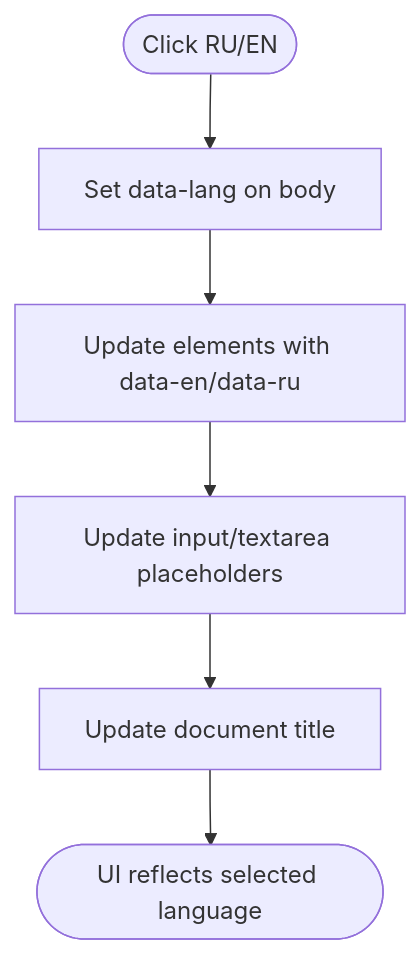
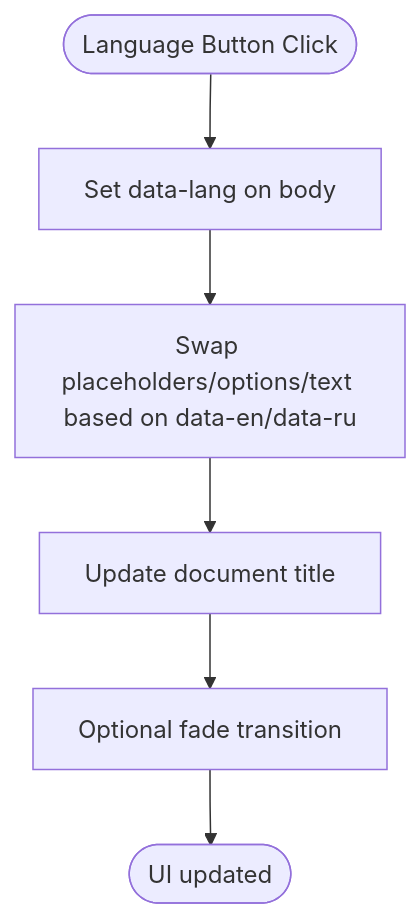
The third of 7 diagrams in .qoder/repowiki/en/content/Project Overview.md (Vostrikov2014/emoo), drawn with Mermaid before and after one commit. The commit also changed other lines of this file and 49 other files, not shown here.

````diff
--- a/.qoder/repowiki/en/content/Project Overview.md
+++ b/.qoder/repowiki/en/content/Project Overview.md
@@ -110,8 +119,8 @@
 ```mermaid
 flowchart TD
-Start(["Click RU/EN"]) --> SetAttr["Set data-lang on body"]
-SetAttr --> UpdateText["Update elements with data-en/data-ru"]
-UpdateText --> UpdatePlaceholders["Update input/textarea placeholders"]
-UpdatePlaceholders --> UpdateTitle["Update document title"]
-UpdateTitle --> End(["UI reflects selected language"])
+Start(["Language Button Click"]) --> UpdateAttr["Set data-lang on body"]
+UpdateAttr --> SwapContent["Swap placeholders/options/text based on data-en/data-ru"]
+SwapContent --> TitleUpdate["Update document title"]
+TitleUpdate --> FadeEffect["Optional fade transition"]
+FadeEffect --> End(["UI updated"])
 ```
````
